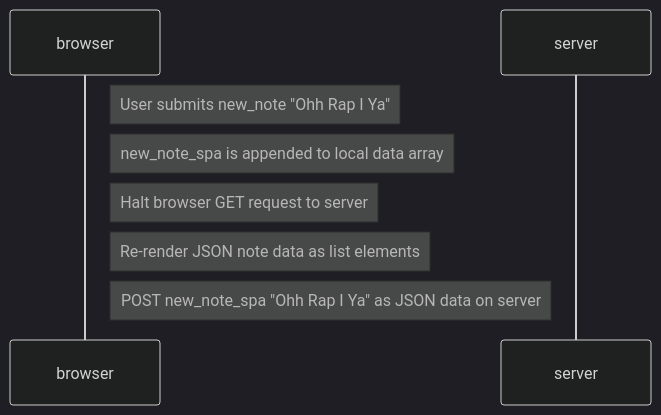
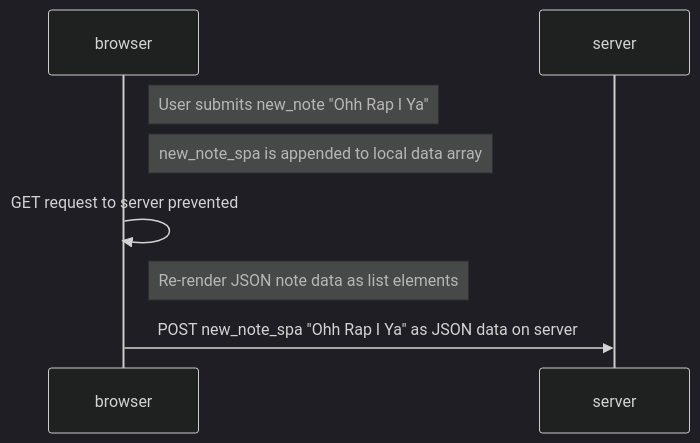
One commit to derekluciani/fullstackopen changed the diagram in part0/exercise-0.6.md. Above: the diagram before and after it, drawn with Mermaid (dark theme).

````diff
--- a/part0/exercise-0.6.md
+++ b/part0/exercise-0.6.md
@@ -1,11 +1,11 @@
 ```mermaid
 sequenceDiagram
     participant browser
     participant server
 
     note right of browser: User submits new_note "Ohh Rap I Ya"
     note right of browser: new_note_spa is appended to local data array
-    note right of browser: Halt browser GET request to server
+    browser->>browser: GET request to server prevented
     note right of browser: Re-render JSON note data as list elements
-    note right of browser: POST new_note_spa "Ohh Rap I Ya" as JSON data on server
+    browser->>server: POST new_note_spa "Ohh Rap I Ya" as JSON data on server
 ```
````
